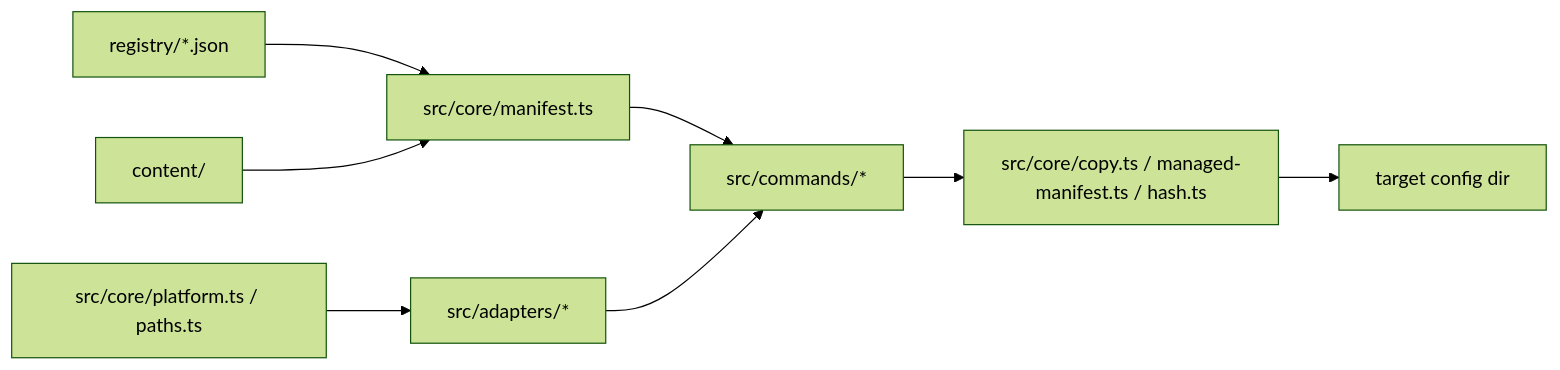
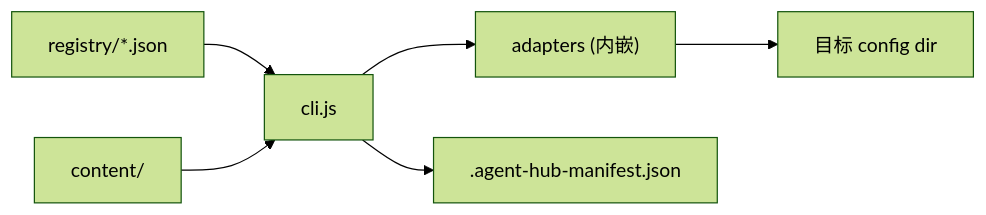
The diagram in ARCHITECTURE.md (YoungerYang-Y/agent-hub), drawn with Mermaid (forest theme) before and after one commit. The commit also changed other lines of this file and 46 other files, not shown here.

````diff
--- a/ARCHITECTURE.md
+++ b/ARCHITECTURE.md
@@ -17,10 +13,8 @@
 ```mermaid
 flowchart LR
-  Registry["registry/*.json"] --> Manifest["src/core/manifest.ts"]
-  Content["content/"] --> Manifest
-  Manifest --> Commands["src/commands/*"]
-  Adapters["src/adapters/*"] --> Commands
-  Platform["src/core/platform.ts / paths.ts"] --> Adapters
-  Commands --> CoreSync["src/core/copy.ts / managed-manifest.ts / hash.ts"]
-  CoreSync --> TargetConfig["target config dir"]
+  Registry["registry/*.json"] --> CLI["cli.js"]
+  Content["content/"] --> CLI
+  CLI --> Adapters["adapters (内嵌)"]
+  Adapters --> Target["目标 config dir"]
+  CLI --> Manifest[".agent-hub-manifest.json"]
 ```
````
